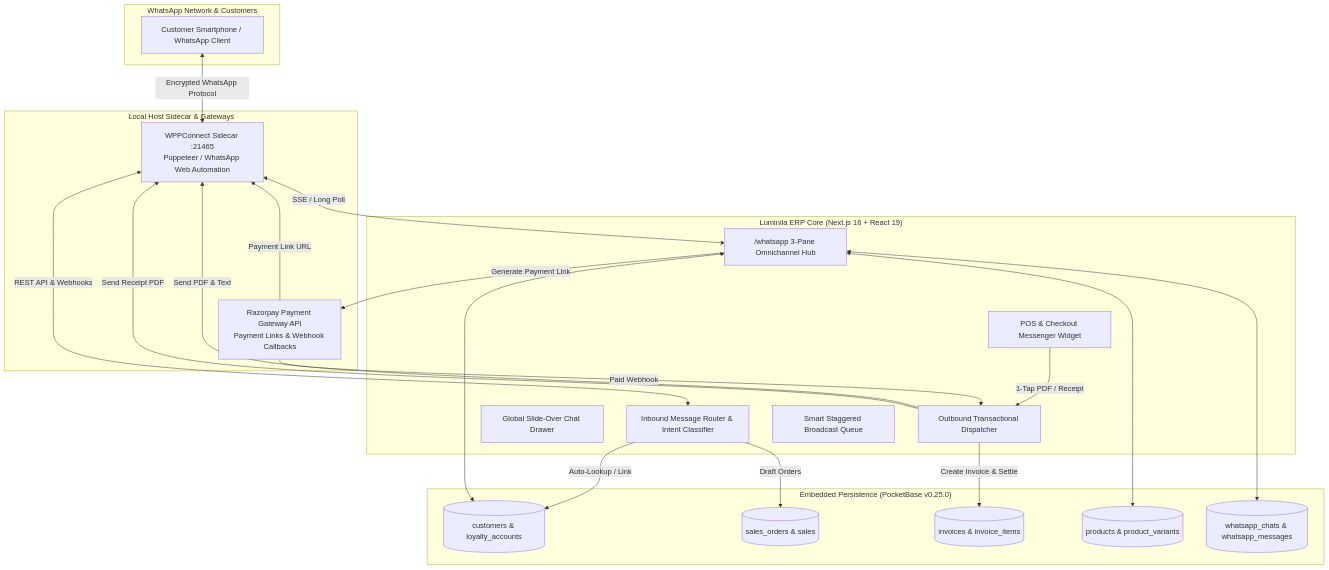
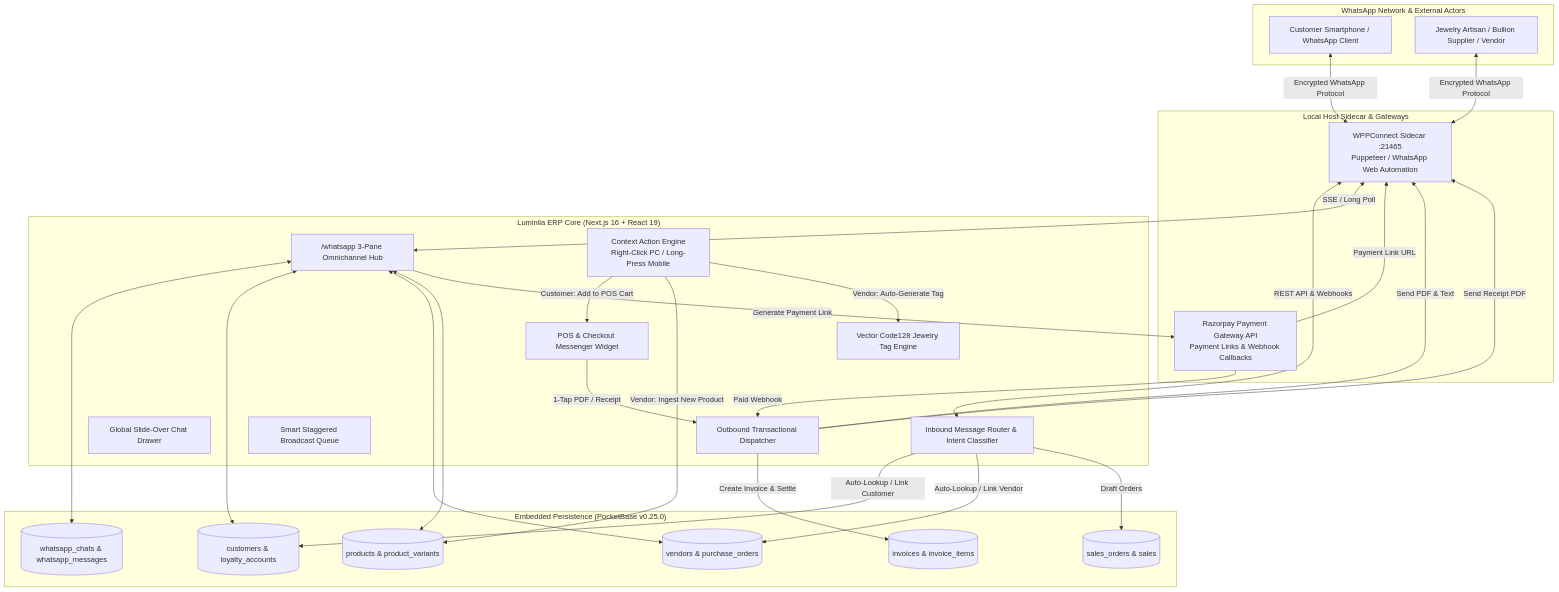
Before and after one commit to sivanandz/luminila_ERP: the first of 7 diagrams in docs/WHATSAPP_ERP_CRM_SPECIFICATION.md, drawn with Mermaid. The commit also changed other lines of this file, not shown here.

Commit message:
docs: add vendor tagging, context gestures, auto barcode generation, and in-chat POS cart staging

````diff
--- a/docs/WHATSAPP_ERP_CRM_SPECIFICATION.md
+++ b/docs/WHATSAPP_ERP_CRM_SPECIFICATION.md
@@ -16,48 +16,59 @@
 ```mermaid
 graph TB
-    subgraph WhatsApp Environment ["WhatsApp Network & Customers"]
+    subgraph WhatsApp Environment ["WhatsApp Network & External Actors"]
         Customer[Customer Smartphone / WhatsApp Client]
+        Vendor[Jewelry Artisan / Bullion Supplier / Vendor]
     end
 
     subgraph Service Tier ["Local Host Sidecar & Gateways"]
         WPP[WPPConnect Sidecar :21465<br/>Puppeteer / WhatsApp Web Automation]
         Razorpay[Razorpay Payment Gateway API<br/>Payment Links & Webhook Callbacks]
     end
 
     subgraph Application Tier ["Luminila ERP Core (Next.js 16 + React 19)"]
         Router[Inbound Message Router & Intent Classifier]
         CRMHub["/whatsapp 3-Pane Omnichannel Hub"]
+        ContextMenu[Context Action Engine<br/>Right-Click PC / Long-Press Mobile]
         GlobalDrawer[Global Slide-Over Chat Drawer]
         POSWidget[POS & Checkout Messenger Widget]
         OutboundDispatcher[Outbound Transactional Dispatcher]
         BroadcastEngine[Smart Staggered Broadcast Queue]
+        TagGenerator[Vector Code128 Jewelry Tag Engine]
     end
 
     subgraph Data Tier ["Embedded Persistence (PocketBase v0.25.0)"]
         PB_Cust[(customers & loyalty_accounts)]
+        PB_Vendors[(vendors & purchase_orders)]
         PB_Orders[(sales_orders & sales)]
         PB_Invoices[(invoices & invoice_items)]
         PB_Catalog[(products & product_variants)]
         PB_Chats[(whatsapp_chats & whatsapp_messages)]
     end
 
     Customer <-->|Encrypted WhatsApp Protocol| WPP
+    Vendor <-->|Encrypted WhatsApp Protocol| WPP
     WPP <-->|REST API & Webhooks| Router
     WPP <-->|SSE / Long Poll| CRMHub
     
-    Router -->|Auto-Lookup / Link| PB_Cust
+    Router -->|Auto-Lookup / Link Customer| PB_Cust
+    Router -->|Auto-Lookup / Link Vendor| PB_Vendors
     Router -->|Draft Orders| PB_Orders
     
     CRMHub <--> PB_Chats
     CRMHub <--> PB_Cust
+    CRMHub <--> PB_Vendors
     CRMHub <--> PB_Catalog
+    
+    ContextMenu -->|Customer: Add to POS Cart| POSWidget
+    ContextMenu -->|Vendor: Ingest New Product| PB_Catalog
+    ContextMenu -->|Vendor: Auto-Generate Tag| TagGenerator
     
     POSWidget -->|1-Tap PDF / Receipt| OutboundDispatcher
     OutboundDispatcher -->|Send PDF & Text| WPP
     
     CRMHub -->|Generate Payment Link| Razorpay
     Razorpay -->|Payment Link URL| WPP
     Razorpay -->|Paid Webhook| OutboundDispatcher
     OutboundDispatcher -->|Create Invoice & Settle| PB_Invoices
     OutboundDispatcher -->|Send Receipt PDF| WPP
 ```
````
